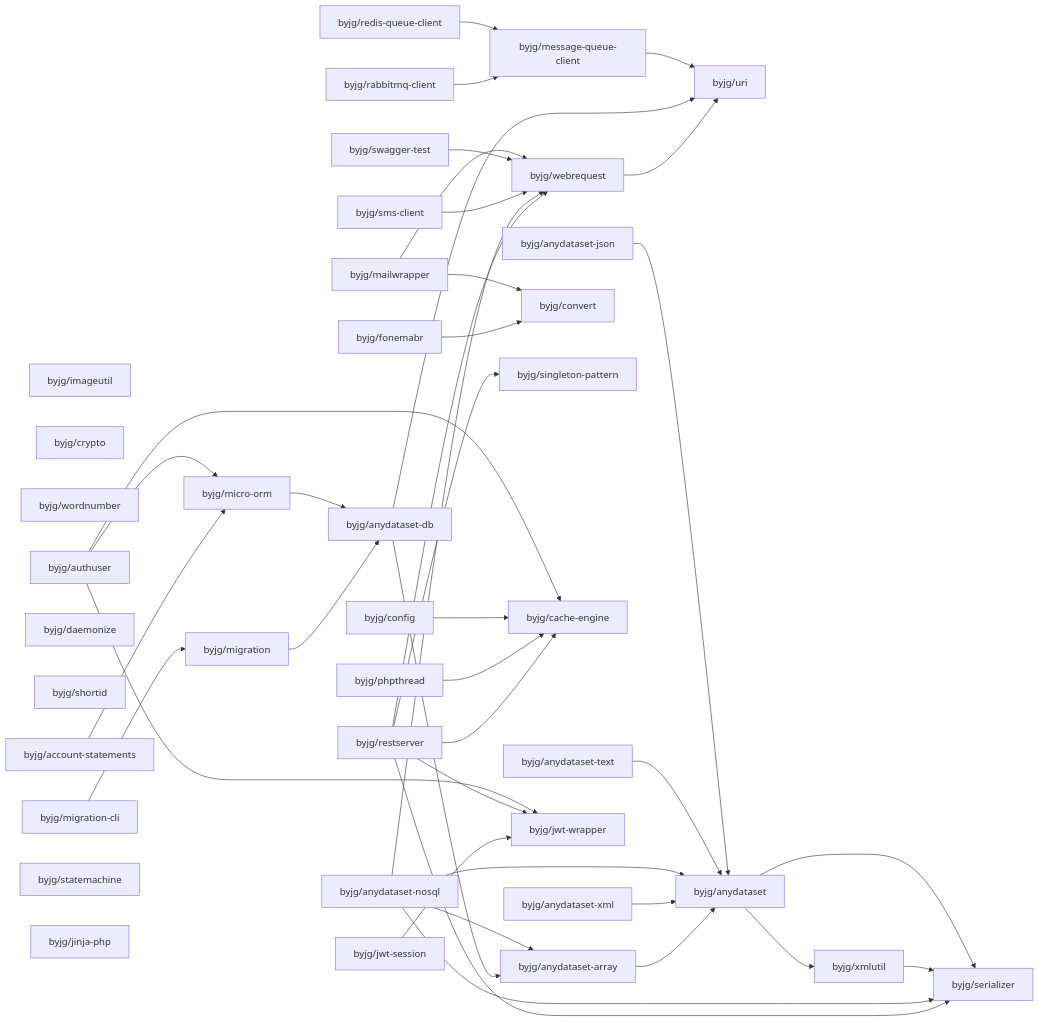
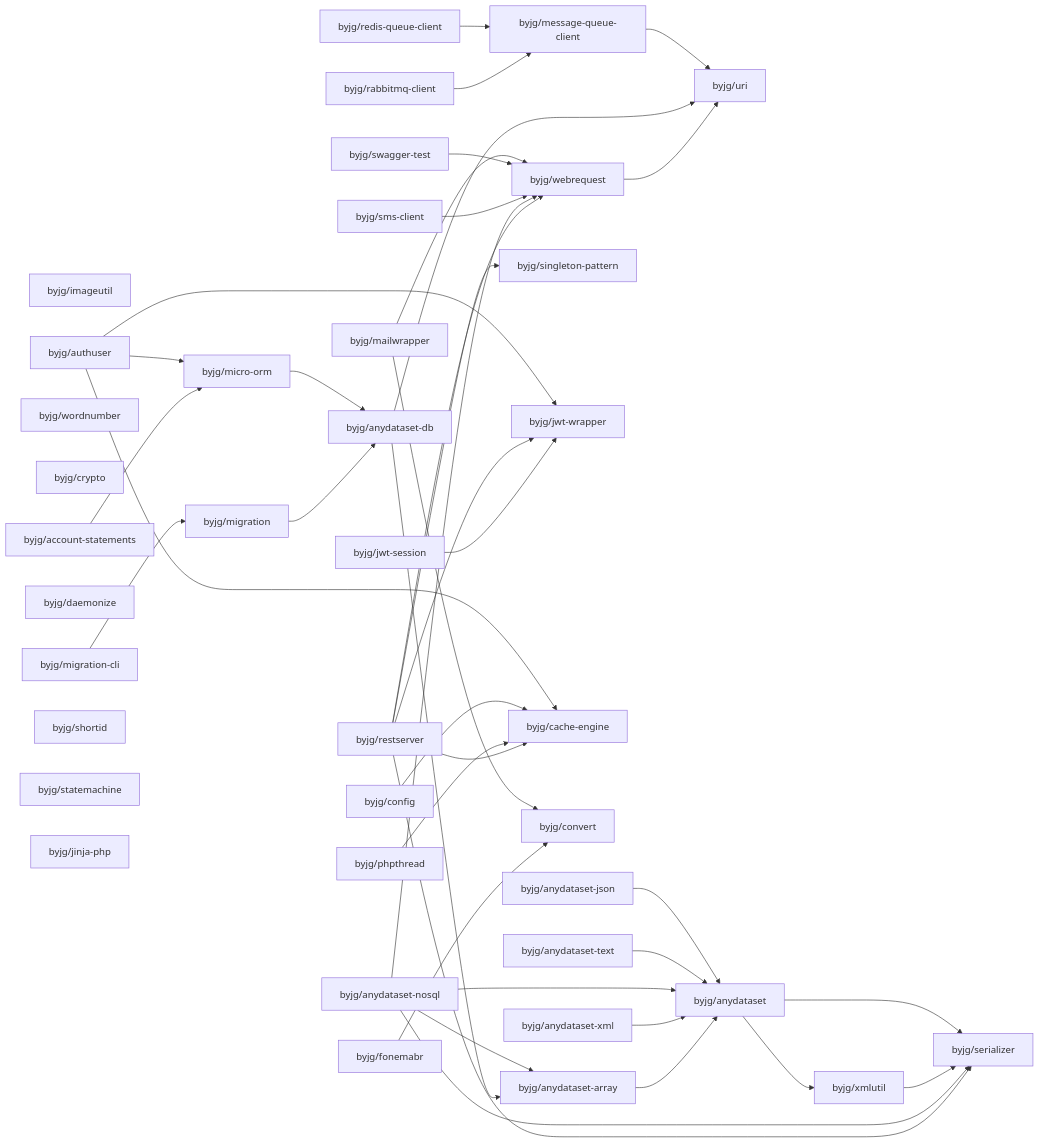
One commit to byjg/byjg.github.io changed the diagram in docs/php/README.md. Above: the diagram before and after it, drawn with Mermaid. The commit also changed other lines of this file and 1 other file, not shown here.

Commit message:
Update documentation 'php' 'php-micro-orm'

````diff
--- a/docs/php/README.md
+++ b/docs/php/README.md
@@ -3,78 +3,78 @@
 ```mermaid
 graph LR;
+  byjg/restserver;
+  byjg/jwt-session;
+  byjg/anydataset-xml;
   byjg/imageutil;
+  byjg/authuser;
+  byjg/fonemabr;
+  byjg/wordnumber;
+  byjg/crypto;
+  byjg/account-statements;
+  byjg/swagger-test;
+  byjg/config;
+  byjg/anydataset-nosql;
+  byjg/daemonize;
+  byjg/sms-client;
+  byjg/migration-cli;
+  byjg/shortid;
+  byjg/anydataset-json;
+  byjg/statemachine;
+  byjg/anydataset-text;
+  byjg/phpthread;
   byjg/mailwrapper;
-  byjg/anydataset-nosql;
   byjg/redis-queue-client;
-  byjg/anydataset-json;
-  byjg/crypto;
-  byjg/anydataset-text;
-  byjg/jwt-session;
-  byjg/swagger-test;
+  byjg/jinja-php;
   byjg/rabbitmq-client;
-  byjg/sms-client;
-  byjg/config;
-  byjg/wordnumber;
-  byjg/authuser;
-  byjg/daemonize;
-  byjg/phpthread;
-  byjg/shortid;
-  byjg/fonemabr;
-  byjg/account-statements;
-  byjg/migration-cli;
-  byjg/statemachine;
-  byjg/restserver;
-  byjg/anydataset-xml;
-  byjg/jinja-php;
-  byjg/message-queue-client;
-  byjg/convert;
+  byjg/singleton-pattern;
+  byjg/jwt-wrapper;
   byjg/micro-orm;
   byjg/migration;
-  byjg/singleton-pattern;
   byjg/cache-engine;
+  byjg/convert;
   byjg/webrequest;
-  byjg/jwt-wrapper;
+  byjg/message-queue-client;
   byjg/anydataset-db;
   byjg/anydataset-array;
   byjg/uri;
   byjg/anydataset;
   byjg/xmlutil;
   byjg/serializer;
   byjg/account-statements --> byjg/micro-orm;
   byjg/fonemabr --> byjg/convert;
   byjg/webrequest --> byjg/uri;
   byjg/anydataset-array --> byjg/anydataset;
   byjg/anydataset-xml --> byjg/anydataset;
   byjg/rabbitmq-client --> byjg/message-queue-client;
   byjg/redis-queue-client --> byjg/message-queue-client;
   byjg/jwt-session --> byjg/jwt-wrapper;
   byjg/anydataset-db --> byjg/anydataset-array;
   byjg/anydataset-db --> byjg/uri;
   byjg/restserver --> byjg/serializer;
   byjg/restserver --> byjg/singleton-pattern;
   byjg/restserver --> byjg/cache-engine;
   byjg/restserver --> byjg/webrequest;
   byjg/restserver --> byjg/jwt-wrapper;
   byjg/migration --> byjg/anydataset-db;
   byjg/anydataset-nosql --> byjg/anydataset;
   byjg/anydataset-nosql --> byjg/anydataset-array;
   byjg/anydataset-nosql --> byjg/serializer;
   byjg/anydataset-nosql --> byjg/webrequest;
   byjg/phpthread --> byjg/cache-engine;
   byjg/sms-client --> byjg/webrequest;
   byjg/swagger-test --> byjg/webrequest;
   byjg/migration-cli --> byjg/migration;
   byjg/config --> byjg/cache-engine;
   byjg/anydataset-text --> byjg/anydataset;
   byjg/micro-orm --> byjg/anydataset-db;
   byjg/authuser --> byjg/micro-orm;
   byjg/authuser --> byjg/cache-engine;
   byjg/authuser --> byjg/jwt-wrapper;
   byjg/anydataset-json --> byjg/anydataset;
   byjg/mailwrapper --> byjg/convert;
   byjg/mailwrapper --> byjg/webrequest;
   byjg/xmlutil --> byjg/serializer;
   byjg/anydataset --> byjg/serializer;
   byjg/anydataset --> byjg/xmlutil;
   byjg/message-queue-client --> byjg/uri;
 ```
````
